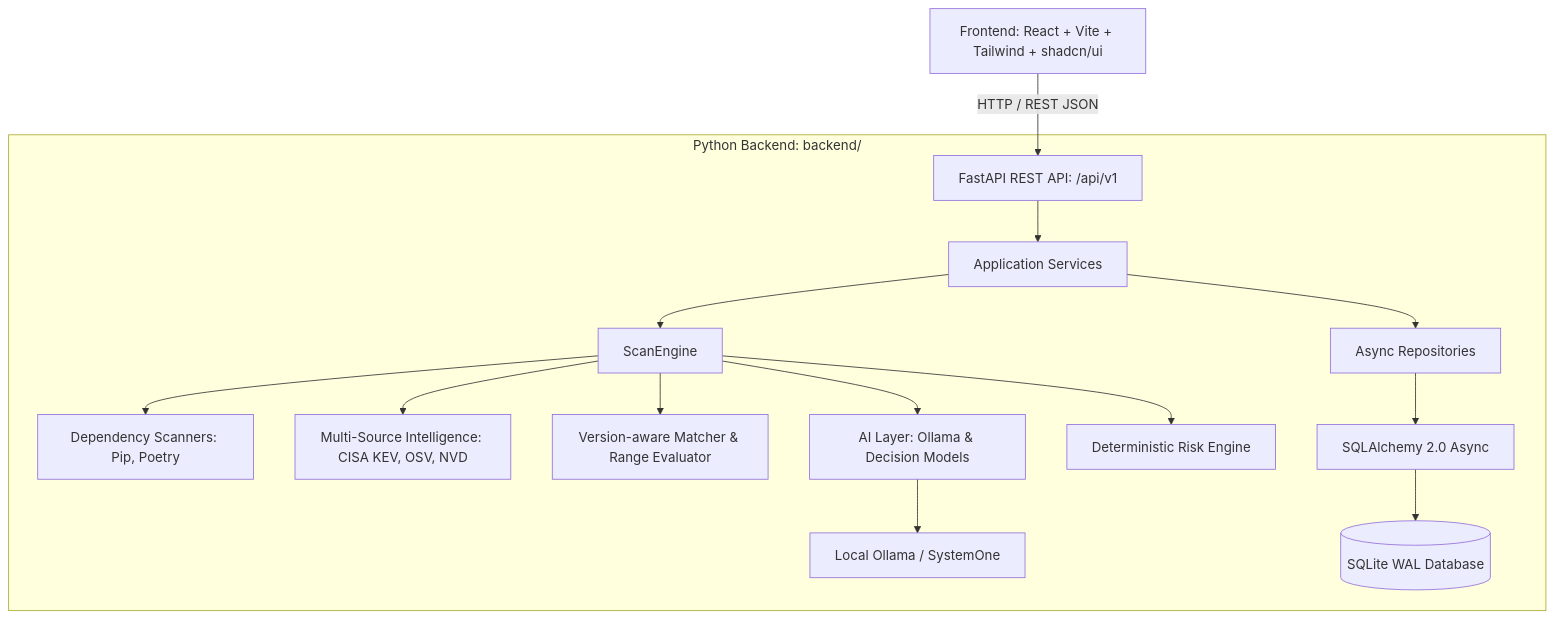
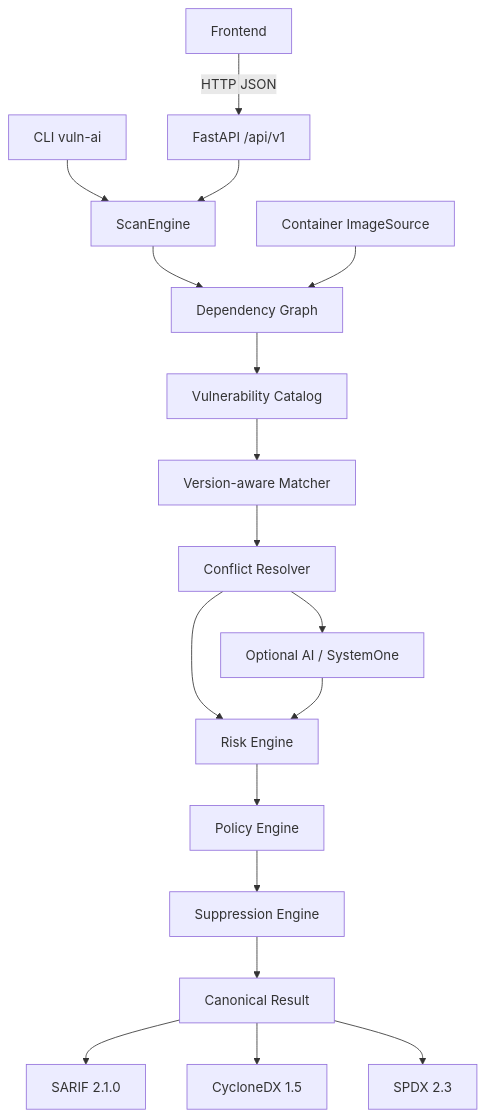
Before and after one commit to Alejandro03GG/Local-Vulnerabilty-Ai: the diagram in docs/architecture.md, drawn with Mermaid. The commit also changed other lines of this file and 33 other files, not shown here.

````diff
--- a/docs/architecture.md
+++ b/docs/architecture.md
@@ -18,22 +50,20 @@
 ```mermaid
 graph TD
-    UI[Frontend: React + Vite + Tailwind + shadcn/ui] -->|HTTP / REST JSON| API[FastAPI REST API: /api/v1]
-    
-    subgraph Backend [Python Backend: backend/]
-        API --> SVC[Application Services]
-        SVC --> ENGINE[ScanEngine]
-        SVC --> REPO[Async Repositories]
-        
-        ENGINE --> SCANNERS[Dependency Scanners: Pip, Poetry]
-        ENGINE --> SOURCES[Multi-Source Intelligence: CISA KEV, OSV, NVD]
-        ENGINE --> MATCHER[Version-aware Matcher & Range Evaluator]
-        
-        ENGINE --> AI_LAYER[AI Layer: Ollama & Decision Models]
-        ENGINE --> RISK_ENGINE[Deterministic Risk Engine]
-        
-        AI_LAYER --> LLM[Local Ollama / SystemOne]
-        
-        REPO --> ORM[SQLAlchemy 2.0 Async]
-        ORM --> DB[(SQLite WAL Database)]
-    end
+    UI[Frontend] -->|HTTP JSON| API[FastAPI /api/v1]
+    CLI[CLI vuln-ai] --> ENGINE[ScanEngine]
+    API --> ENGINE
+    ENGINE --> GRAPH[Dependency Graph]
+    GRAPH --> CAT[Vulnerability Catalog]
+    CAT --> MATCH[Version-aware Matcher]
+    MATCH --> CONF[Conflict Resolver]
+    CONF --> AI[Optional AI / SystemOne]
+    CONF --> RISK[Risk Engine]
+    AI --> RISK
+    RISK --> POL[Policy Engine]
+    POL --> SUP[Suppression Engine]
+    SUP --> OUT[Canonical Result]
+    OUT --> SARIF[SARIF 2.1.0]
+    OUT --> CDX[CycloneDX 1.5]
+    OUT --> SPDX[SPDX 2.3]
+    CONT[Container ImageSource] --> GRAPH
 ```
````
